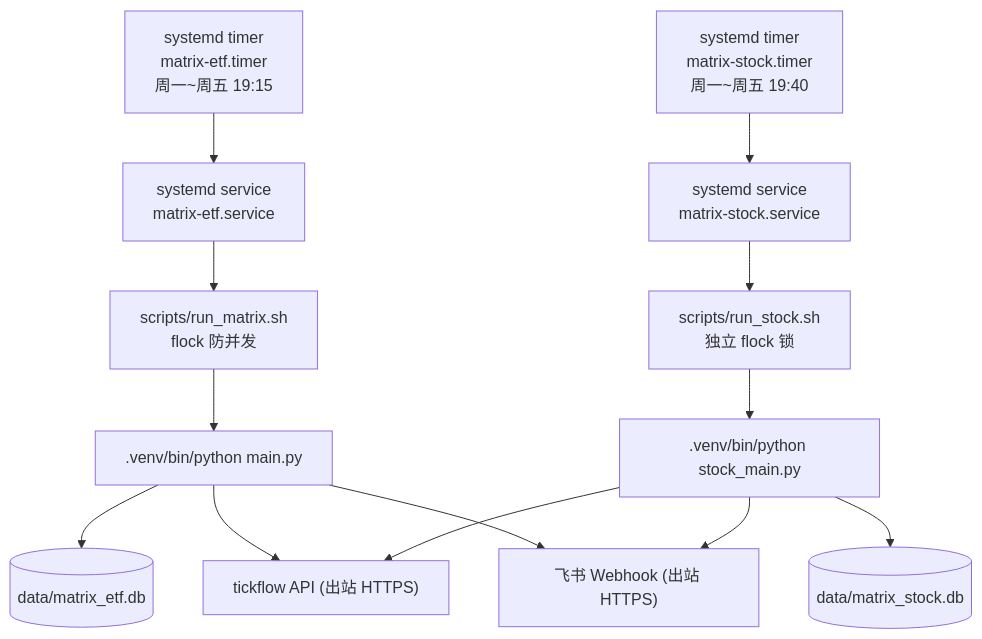
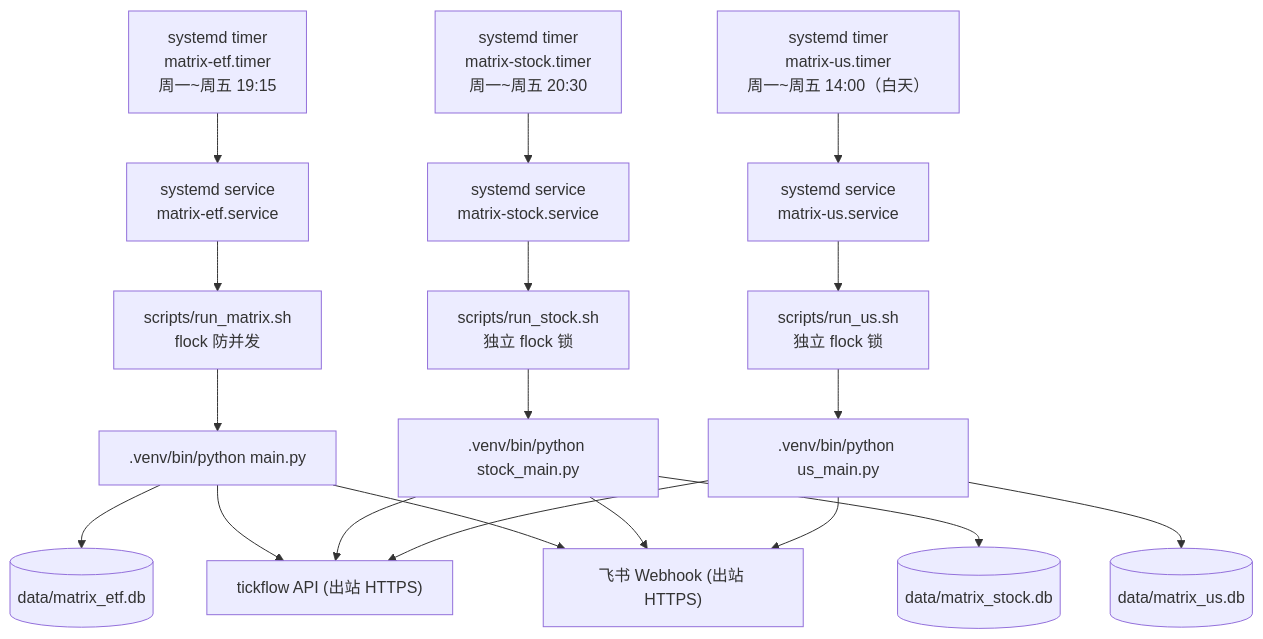
Before and after one commit to zongyangbigpolo/Matrix: the fifth of 6 diagrams in docs/architecture.md, drawn with Mermaid. The commit also changed other lines of this file and 16 other files, not shown here.

````diff
--- a/docs/architecture.md
+++ b/docs/architecture.md
@@ -180,17 +180,24 @@
 ```mermaid
 flowchart TD
     Timer1["systemd timer<br/>matrix-etf.timer<br/>周一~周五 19:15"] --> Svc1["systemd service<br/>matrix-etf.service"]
     Svc1 --> Sh1["scripts/run_matrix.sh<br/>flock 防并发"]
     Sh1 --> Py1[".venv/bin/python main.py"]
     Py1 --> DB1[("data/matrix_etf.db")]
 
-    Timer2["systemd timer<br/>matrix-stock.timer<br/>周一~周五 19:40"] --> Svc2["systemd service<br/>matrix-stock.service"]
+    Timer2["systemd timer<br/>matrix-stock.timer<br/>周一~周五 20:30"] --> Svc2["systemd service<br/>matrix-stock.service"]
     Svc2 --> Sh2["scripts/run_stock.sh<br/>独立 flock 锁"]
     Sh2 --> Py2[".venv/bin/python stock_main.py"]
     Py2 --> DB2[("data/matrix_stock.db")]
 
+    Timer3["systemd timer<br/>matrix-us.timer<br/>周一~周五 14:00（白天）"] --> Svc3["systemd service<br/>matrix-us.service"]
+    Svc3 --> Sh3["scripts/run_us.sh<br/>独立 flock 锁"]
+    Sh3 --> Py3[".venv/bin/python us_main.py"]
+    Py3 --> DB3[("data/matrix_us.db")]
+
     Py1 --> TF["tickflow API (出站 HTTPS)"]
     Py2 --> TF
+    Py3 --> TF
     Py1 --> Fs["飞书 Webhook (出站 HTTPS)"]
     Py2 --> Fs
+    Py3 --> Fs
 ```
````
